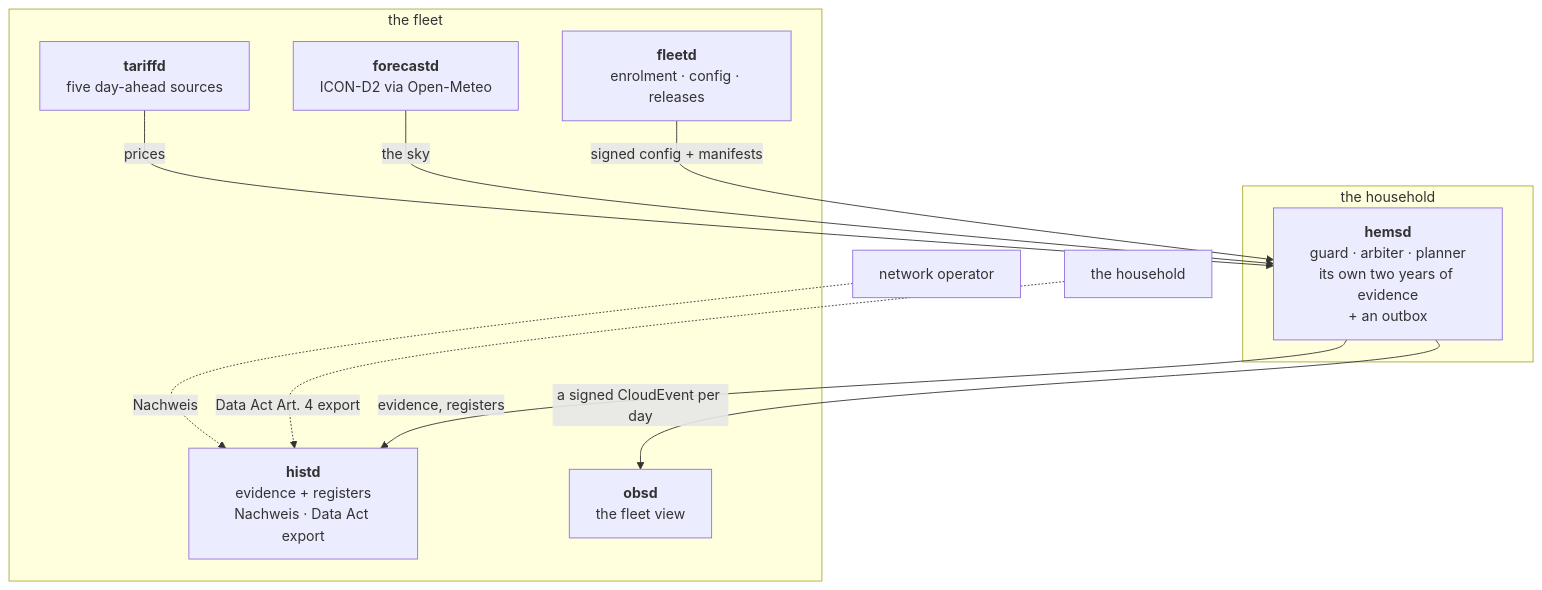
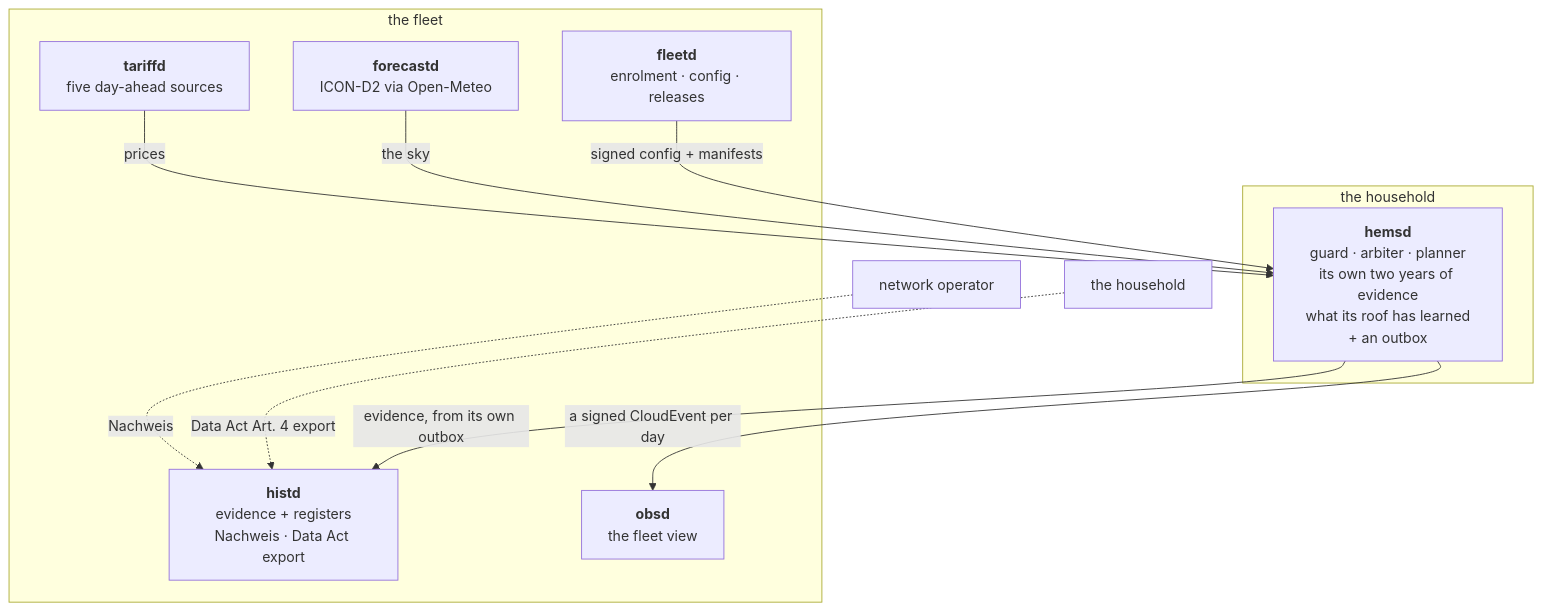
The diagram in site/content/docs/services.md (hupe1980/hems), drawn with Mermaid before and after one commit. The commit also changed other lines of this file and 43 other files, not shown here.

```diff
--- a/site/content/docs/services.md
+++ b/site/content/docs/services.md
@@ -12,20 +22,20 @@
 <pre class="mermaid">
 flowchart TB
   subgraph box["the household"]
-    H["<b>hemsd</b><br/>guard · arbiter · planner<br/>its own two years of evidence<br/>+ an outbox"]
+    H["<b>hemsd</b><br/>guard · arbiter · planner<br/>its own two years of evidence<br/>what its roof has learned<br/>+ an outbox"]
   end
   subgraph fleet["the fleet"]
     T["<b>tariffd</b><br/>five day-ahead sources"]
     F["<b>forecastd</b><br/>ICON-D2 via Open-Meteo"]
     HI["<b>histd</b><br/>evidence + registers<br/>Nachweis · Data Act export"]
     FL["<b>fleetd</b><br/>enrolment · config · releases"]
     O["<b>obsd</b><br/>the fleet view"]
   end
   T -- "prices" --> H
   F -- "the sky" --> H
-  H -- "evidence, registers" --> HI
+  H -- "evidence, from its own outbox" --> HI
   FL -- "signed config + manifests" --> H
   H -- "a signed CloudEvent per day" --> O
   NO["network operator"] -. "Nachweis" .-> HI
   HH["the household"] -. "Data Act Art. 4 export" .-> HI
 </pre>
```
